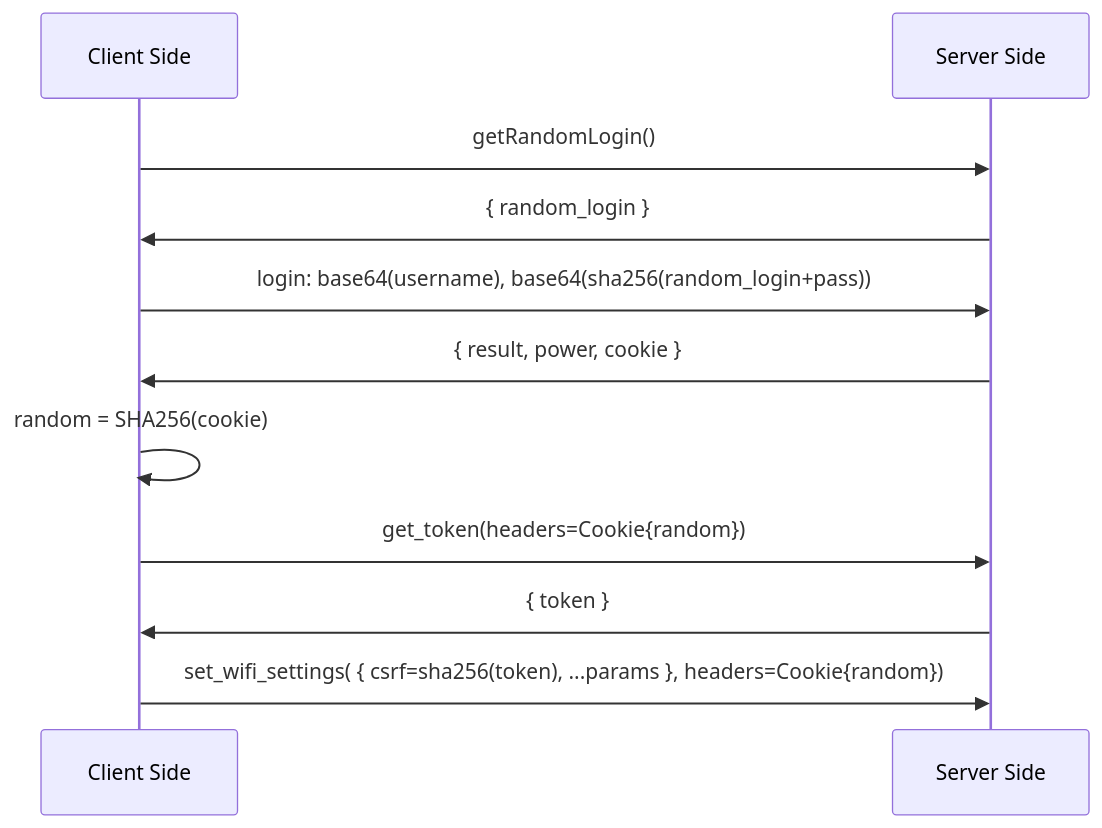
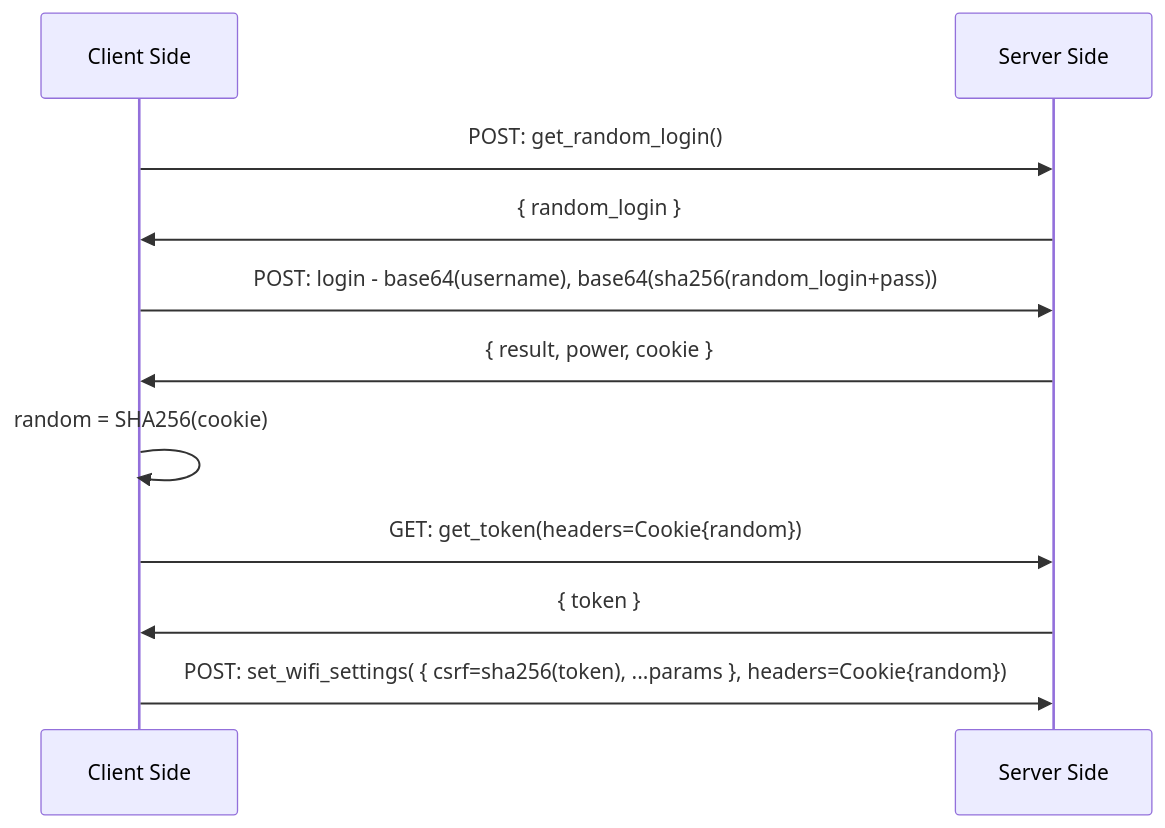
Before and after one commit to Saief1999/router-password-changer: the diagram in README.md, drawn with Mermaid. The commit also changed 1 other file, not shown here.

Commit message:
tiny change

````diff
--- a/README.md
+++ b/README.md
@@ -42,13 +42,13 @@
 ```mermaid
 sequenceDiagram
     participant Client Side
     participant Server Side
-    Client Side->>Server Side: getRandomLogin()
+    Client Side->>Server Side: POST: get_random_login()
     Server Side->>Client Side: { random_login }
-    Client Side->>Server Side: login: base64(username), base64(sha256(random_login+pass))
+    Client Side->>Server Side: POST: login -  base64(username), base64(sha256(random_login+pass))
     Server Side->>Client Side: { result, power, cookie }
     Client Side->>Client Side: random = SHA256(cookie)
-	Client Side->>Server Side: get_token(headers=Cookie{random})
+	Client Side->>Server Side: GET: get_token(headers=Cookie{random})
 	Server Side->>Client Side: { token }
-	Client Side->>Server Side: set_wifi_settings( { csrf=sha256(token), ...params }, headers=Cookie{random})
+	Client Side->>Server Side: POST: set_wifi_settings( { csrf=sha256(token), ...params }, headers=Cookie{random})
 ```
````
